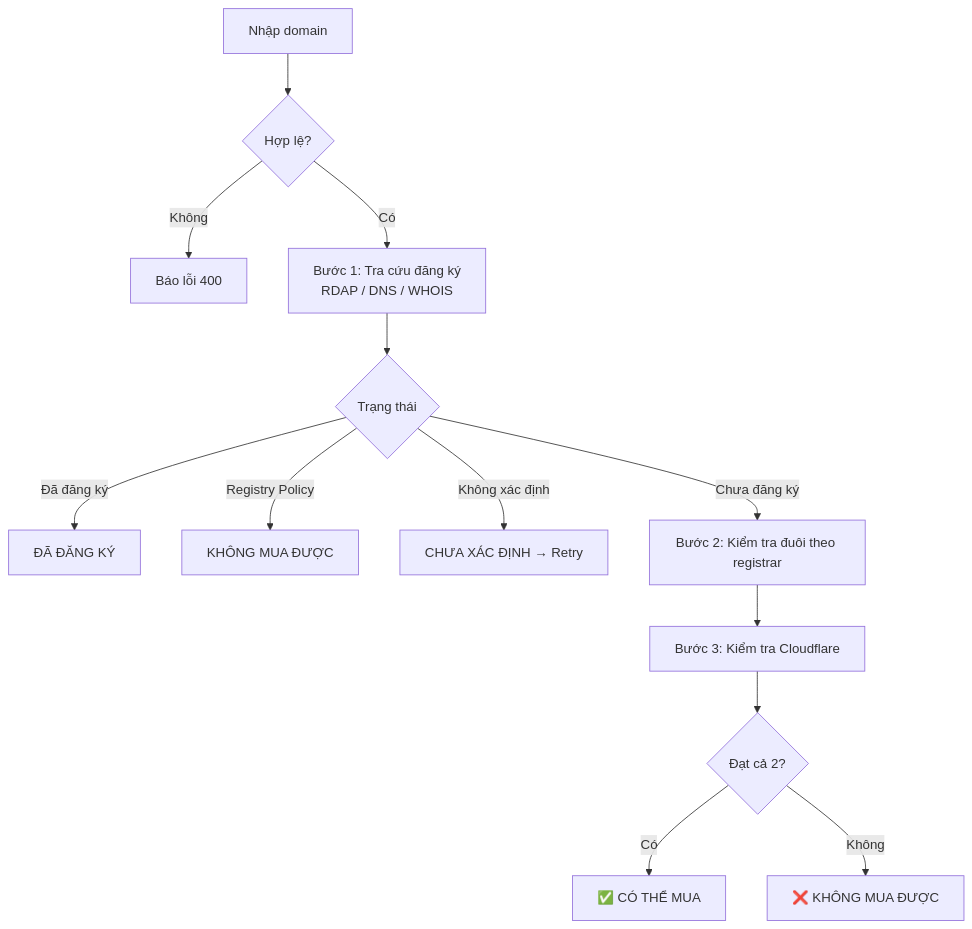
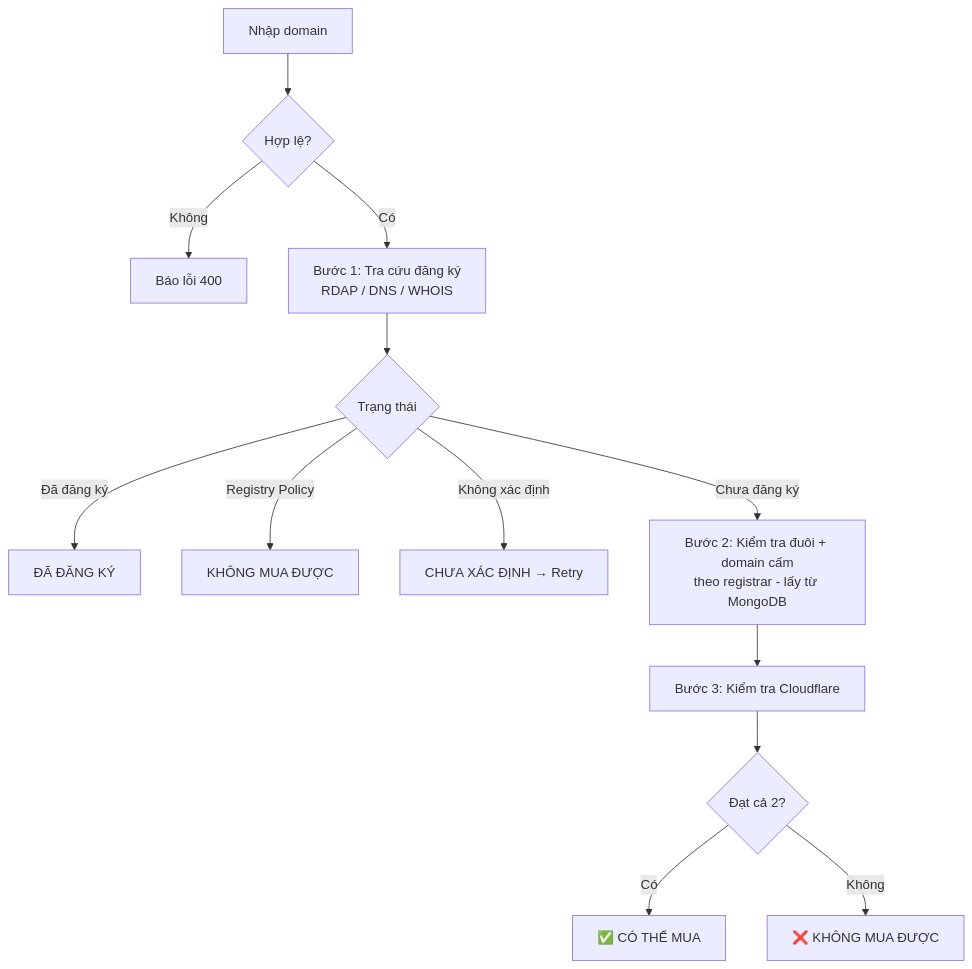
The diagram in README.md (nhattanseo3105-max/domain-checker-forSEO-Ares), drawn with Mermaid before and after one commit. The commit also changed other lines of this file, not shown here.

````diff
--- a/README.md
+++ b/README.md
@@ -44,15 +63,15 @@
 ```mermaid
 flowchart TD
     A[Nhập domain] --> B{Hợp lệ?}
     B -- Không --> X[Báo lỗi 400]
     B -- Có --> C[Bước 1: Tra cứu đăng ký<br/>RDAP / DNS / WHOIS]
     C --> D{Trạng thái}
     D -- Đã đăng ký --> R[ĐÃ ĐĂNG KÝ]
     D -- Registry Policy --> N1[KHÔNG MUA ĐƯỢC]
     D -- Không xác định --> U[CHƯA XÁC ĐỊNH → Retry]
-    D -- Chưa đăng ký --> E[Bước 2: Kiểm tra đuôi theo registrar]
+    D -- Chưa đăng ký --> E[Bước 2: Kiểm tra đuôi + domain cấm<br/>theo registrar - lấy từ MongoDB]
     E --> F[Bước 3: Kiểm tra Cloudflare]
     F --> G{Đạt cả 2?}
     G -- Có --> Y[✅ CÓ THỂ MUA]
     G -- Không --> N2[❌ KHÔNG MUA ĐƯỢC]
 ```
````
